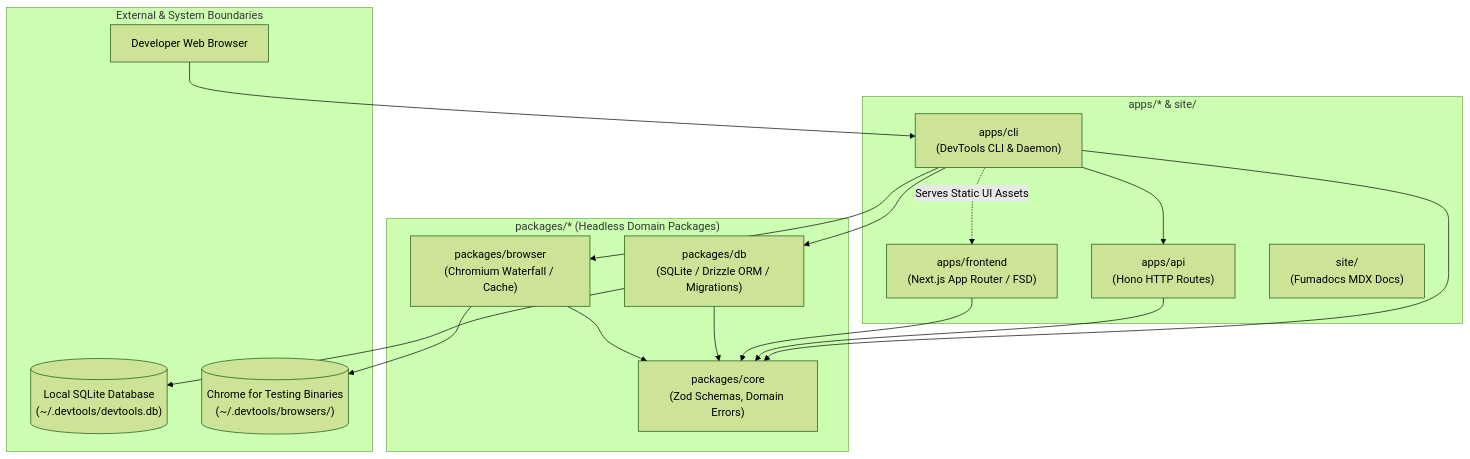
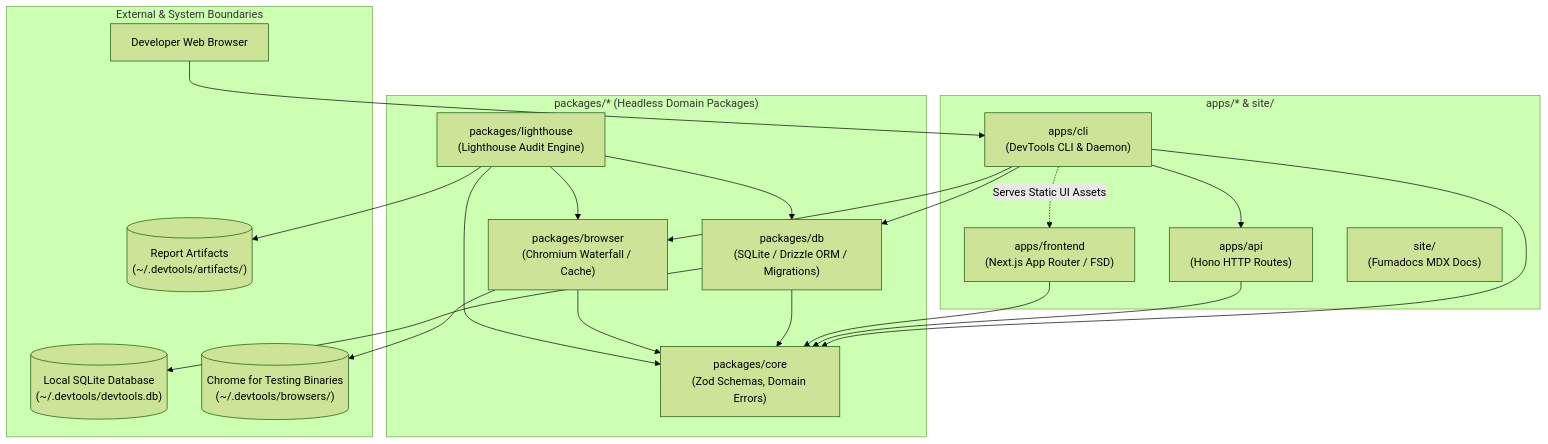
The diagram in ARCHITECTURE.md (ahmedhanye/devtools), drawn with Mermaid (forest theme) before and after one commit. The commit also changed other lines of this file and 39 other files, not shown here.

First line of the commit message:
feat(lighthouse): add core audit engine and persistence foundation (#96)

````diff
--- a/ARCHITECTURE.md
+++ b/ARCHITECTURE.md
@@ -20,34 +20,40 @@
 ```mermaid
 graph TD
   subgraph Applications ["apps/* & site/"]
     CLI["apps/cli<br/>(DevTools CLI & Daemon)"]
     API["apps/api<br/>(Hono HTTP Routes)"]
     Frontend["apps/frontend<br/>(Next.js App Router / FSD)"]
     Site["site/<br/>(Fumadocs MDX Docs)"]
   end
 
   subgraph Packages ["packages/* (Headless Domain Packages)"]
     Core["packages/core<br/>(Zod Schemas, Domain Errors)"]
     DB["packages/db<br/>(SQLite / Drizzle ORM / Migrations)"]
     Browser["packages/browser<br/>(Chromium Waterfall / Cache)"]
+    Lighthouse["packages/lighthouse<br/>(Lighthouse Audit Engine)"]
   end
 
   subgraph External ["External & System Boundaries"]
     SQLiteFile[("Local SQLite Database<br/>(~/.devtools/devtools.db)")]
     CfT[("Chrome for Testing Binaries<br/>(~/.devtools/browsers/)")]
+    Artifacts[("Report Artifacts<br/>(~/.devtools/artifacts/)")]
     BrowserClient["Developer Web Browser"]
   end
 
   CLI --> API
   CLI --> Core
   CLI --> DB
   CLI --> Browser
   API --> Core
   Frontend --> Core
   DB --> Core
   DB --> SQLiteFile
   Browser --> Core
   Browser --> CfT
+  Lighthouse --> Core
+  Lighthouse --> DB
+  Lighthouse --> Browser
+  Lighthouse --> Artifacts
   BrowserClient --> CLI
   CLI -.->|Serves Static UI Assets| Frontend
 ```
````
